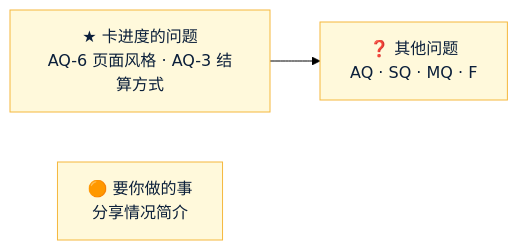
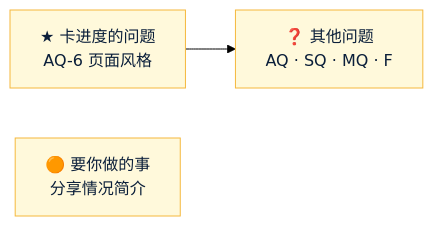
Before and after one commit to dollar3651314/forecast: the diagram in Amos待办.md, drawn with Mermaid (forest theme). The commit also changed other lines of this file, not shown here.

````diff
--- a/Amos待办.md
+++ b/Amos待办.md
@@ -10,7 +10,7 @@
 ```mermaid
 flowchart LR
-    A["★ 卡进度的问题<br/>AQ-6 页面风格 · AQ-3 结算方式"] --> B["❓ 其他问题<br/>AQ · SQ · MQ · F"]
+    A["★ 卡进度的问题<br/>AQ-6 页面风格"] --> B["❓ 其他问题<br/>AQ · SQ · MQ · F"]
     T["🟠 要你做的事<br/>分享情况简介"]
     classDef amos fill:#FFF9DB,stroke:#F5B83D,color:#0B1F3A
     class A,B,T amos
 ```
````
